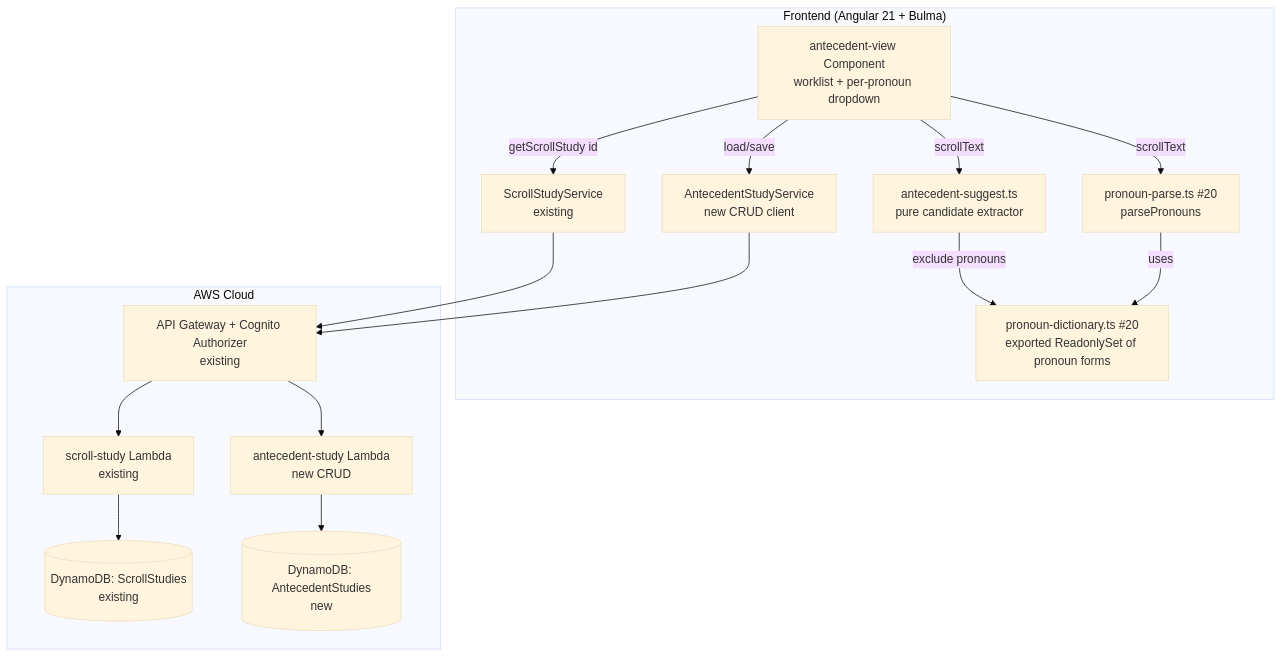
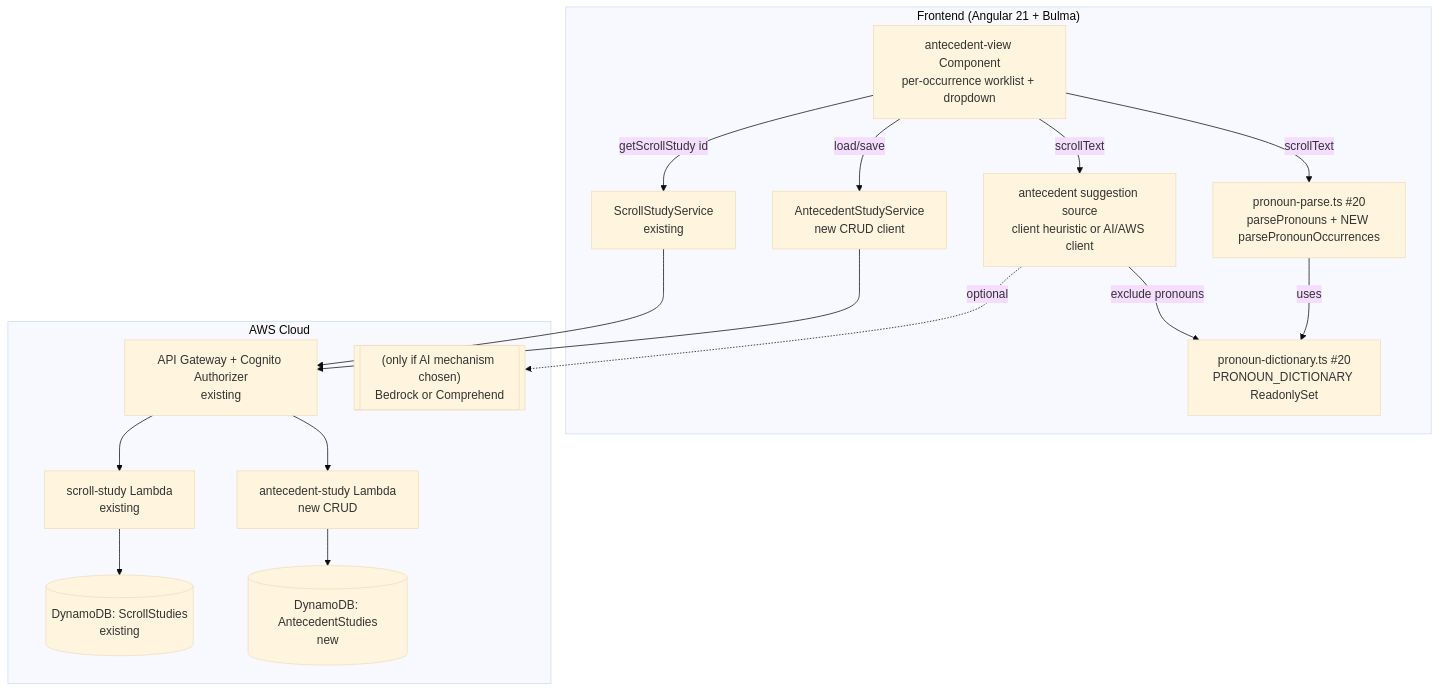
One commit to trsam1/sbs-assist changed the first of 2 diagrams in .kiro/specs/antecedent-analysis/design.md. Above: the diagram before and after it, drawn with Mermaid (base theme). The commit also changed other lines of this file and 1 other file, not shown here.

First line of the commit message:
docs(spec): rework antecedent-analysis to per-occurrence; evaluate AI suggestion options

````diff
--- a/.kiro/specs/antecedent-analysis/design.md
+++ b/.kiro/specs/antecedent-analysis/design.md
@@ -32,26 +38,28 @@
 ```mermaid
 graph TD
     subgraph Frontend ["Frontend (Angular 21 + Bulma)"]
-        AV[antecedent-view Component<br/>worklist + per-pronoun dropdown]
-        PP[pronoun-parse.ts #20<br/>parsePronouns]
-        PD[pronoun-dictionary.ts #20<br/>exported ReadonlySet of pronoun forms]
-        AS[antecedent-suggest.ts<br/>pure candidate extractor]
+        AV[antecedent-view Component<br/>per-occurrence worklist + dropdown]
+        PP[pronoun-parse.ts #20<br/>parsePronouns + NEW parsePronounOccurrences]
+        PD[pronoun-dictionary.ts #20<br/>PRONOUN_DICTIONARY ReadonlySet]
+        AS[antecedent suggestion source<br/>client heuristic or AI/AWS client]
         SS[ScrollStudyService<br/>existing]
         ASVC[AntecedentStudyService<br/>new CRUD client]
     end
 
     subgraph AWS ["AWS Cloud"]
         APIGW[API Gateway + Cognito Authorizer<br/>existing]
         ScrollFn[scroll-study Lambda<br/>existing]
         AntFn[antecedent-study Lambda<br/>new CRUD]
         DDBS[(DynamoDB: ScrollStudies<br/>existing)]
         DDBA[(DynamoDB: AntecedentStudies<br/>new)]
+        SUG[["(only if AI mechanism chosen)<br/>Bedrock or Comprehend"]]
     end
 
     AV -->|getScrollStudy id| SS --> APIGW --> ScrollFn --> DDBS
     AV -->|scrollText| PP
     AV -->|scrollText| AS
+    AS -. optional .-> SUG
     AS -->|exclude pronouns| PD
     PP -->|uses| PD
     AV -->|load/save| ASVC --> APIGW --> AntFn --> DDBA
 ```
````
